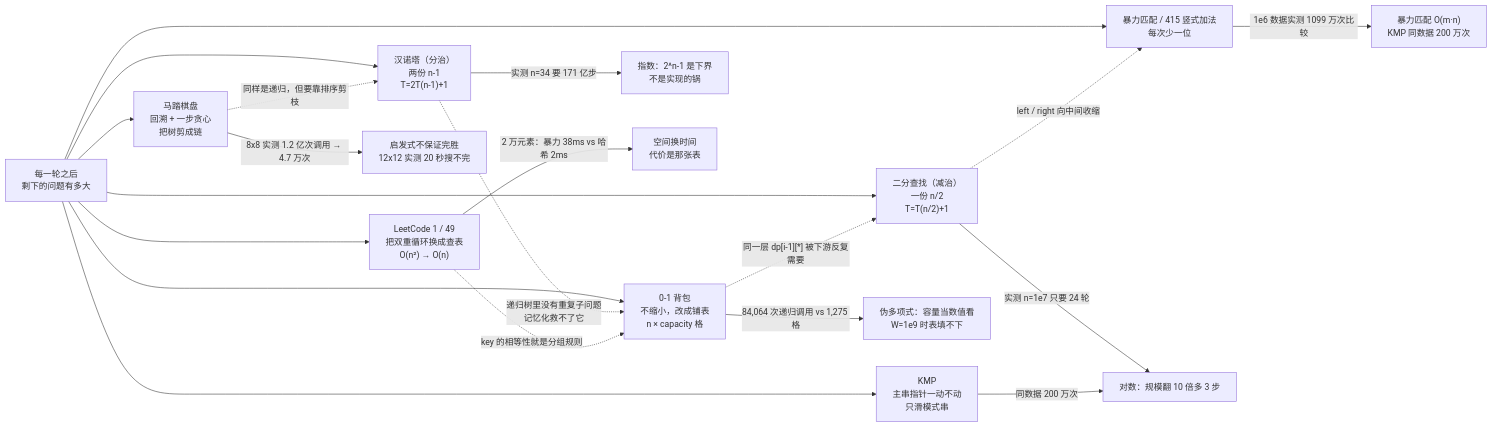
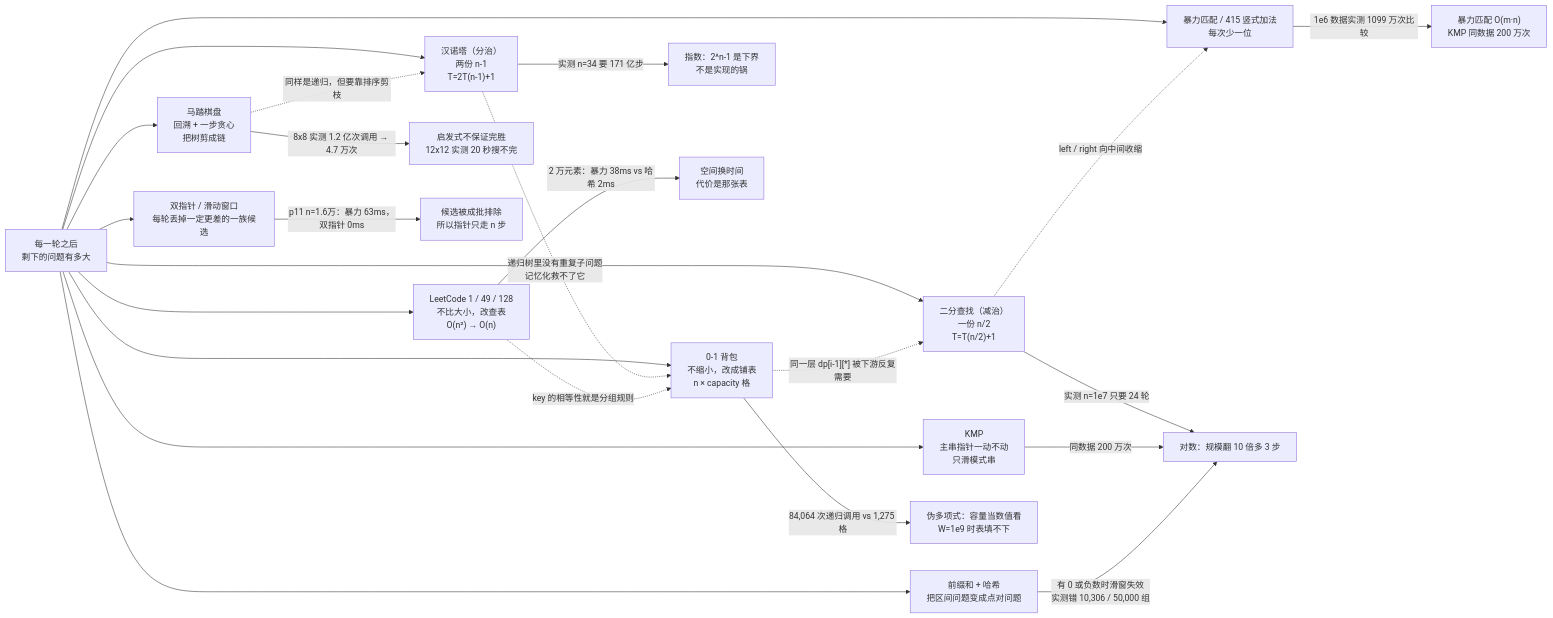
The first of 2 diagrams in README.md (c0re-T/algorithm), drawn with Mermaid before and after one commit. The commit also changed other lines of this file and 22 other files, not shown here.

Commit message:
docs: 新增 hot100 九份程序笔记（双指针 · 滑动窗口 · 前缀和 · 哈希），包名 leetcodeN_ 改为 pN_ 并同步 README

````diff
--- a/README.md
+++ b/README.md
@@ -11,23 +11,27 @@
 ```mermaid
 flowchart LR
     A["每一轮之后<br/>剩下的问题有多大"]
     A --> B["汉诺塔（分治）<br/>两份 n-1<br/>T=2T(n-1)+1"]
     A --> C["二分查找（减治）<br/>一份 n/2<br/>T=T(n/2)+1"]
     A --> D["暴力匹配 / 415 竖式加法<br/>每次少一位"]
     A --> E["KMP<br/>主串指针一动不动<br/>只滑模式串"]
     A --> F["0-1 背包<br/>不缩小，改成铺表<br/>n × capacity 格"]
     A --> G["马踏棋盘<br/>回溯 + 一步贪心<br/>把树剪成链"]
-    A --> H["LeetCode 1 / 49<br/>把双重循环换成查表<br/>O(n²) → O(n)"]
+    A --> H["LeetCode 1 / 49 / 128<br/>不比大小，改查表<br/>O(n²) → O(n)"]
+    A --> I["双指针 / 滑动窗口<br/>每轮丢掉一定更差的一族候选"]
+    A --> J["前缀和 + 哈希<br/>把区间问题变成点对问题"]
     B -->|"实测 n=34 要 171 亿步"| R["指数：2^n-1 是下界<br/>不是实现的锅"]
     C -->|"实测 n=1e7 只要 24 轮"| L["对数：规模翻 10 倍多 3 步"]
     D -->|"1e6 数据实测 1099 万次比较"| M2["暴力匹配 O(m·n)<br/>KMP 同数据 200 万次"]
     E -->|"同数据 200 万次"| L
     F -->|"84,064 次递归调用 vs 1,275 格"| M["伪多项式：容量当数值看<br/>W=1e9 时表填不下"]
     G -->|"8x8 实测 1.2 亿次调用 → 4.7 万次"| H2["启发式不保证完胜<br/>12x12 实测 20 秒搜不完"]
     H -->|"2 万元素：暴力 38ms vs 哈希 2ms"| M3["空间换时间<br/>代价是那张表"]
+    I -->|"p11 n=1.6万：暴力 63ms，双指针 0ms"| N["候选被成批排除<br/>所以指针只走 n 步"]
+    J -->|"有 0 或负数时滑窗失效<br/>实测错 10,306 / 50,000 组"| L
     B -.->|"递归树里没有重复子问题<br/>记忆化救不了它"| F
     F -.->|"同一层 dp[i-1][*] 被下游反复需要"| C
     C -.->|"left / right 向中间收缩"| D
     G -.->|"同样是递归，但要靠排序剪枝"| B
     H -.->|"key 的相等性就是分组规则"| F
 ```
````
